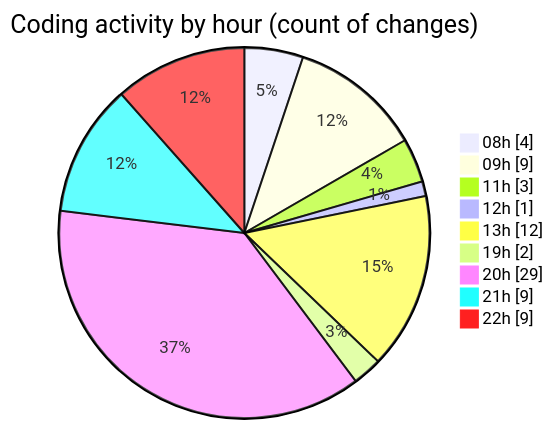
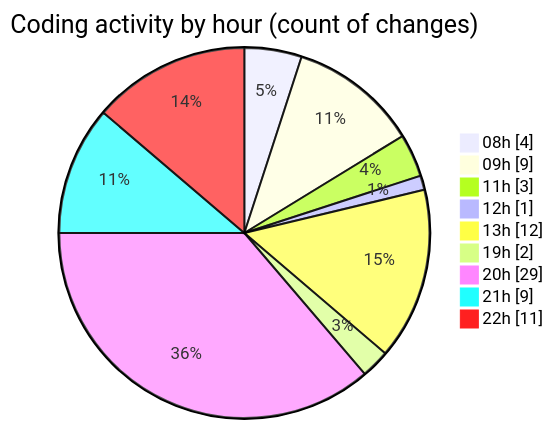
The second of 2 diagrams in 2025-05-07/samplepdf/README.md (momahboobian/code-tracking), drawn with Mermaid before and after one commit. The commit also changed other lines of this file and 1 other file, not shown here.

````diff
--- a/2025-05-07/samplepdf/README.md
+++ b/2025-05-07/samplepdf/README.md
@@ -38,13 +38,13 @@
 ```mermaid
 pie showData
 title Coding activity by hour (count of changes)
 "08h" : 4
 "09h" : 9
 "11h" : 3
 "12h" : 1
 "13h" : 12
 "19h" : 2
 "20h" : 29
 "21h" : 9
-"22h" : 9
+"22h" : 11
 ```
````
